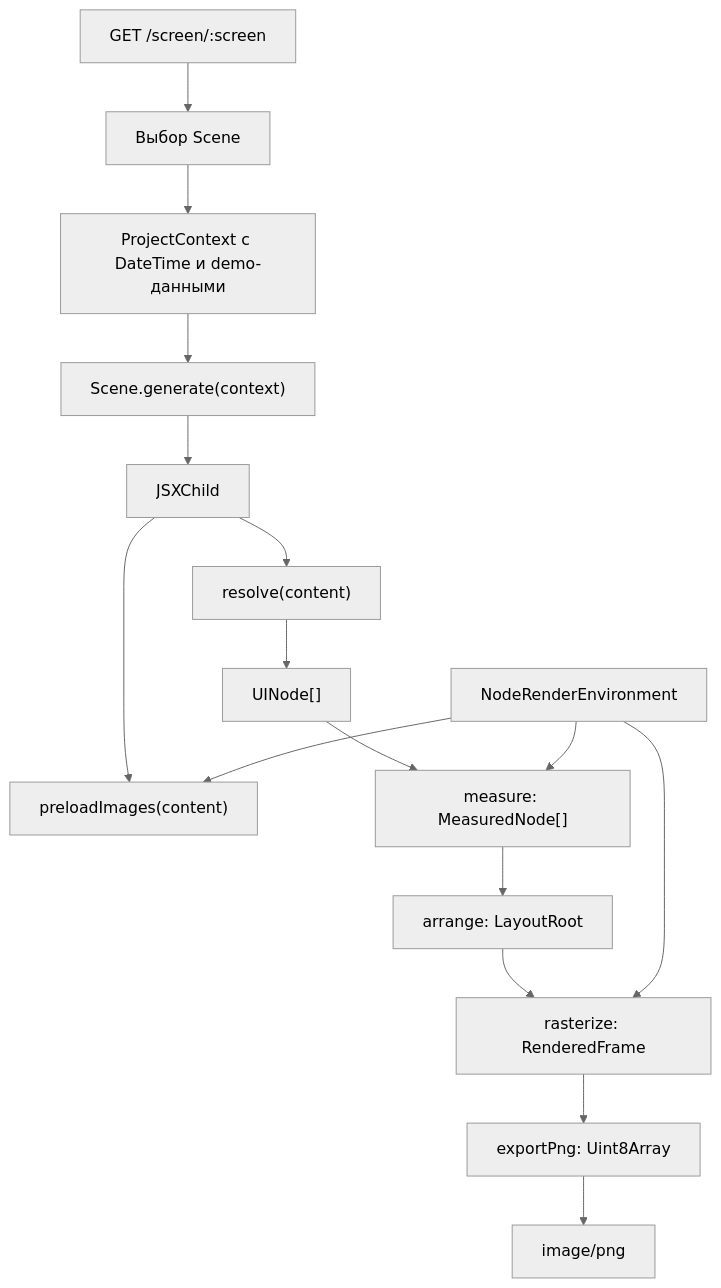
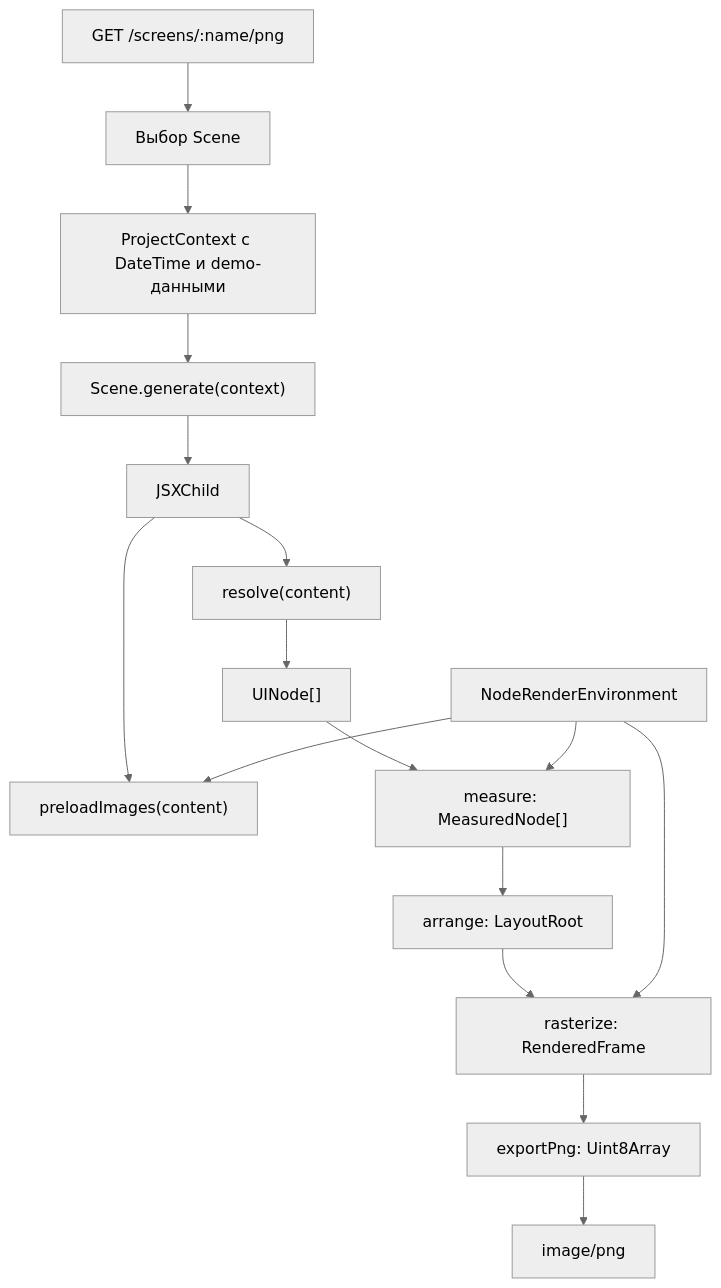
Before and after one commit to StarPandaBeg/takt: the second of 2 diagrams in docs/architecture.md, drawn with Mermaid (neutral theme). The commit also changed other lines of this file and 28 other files, not shown here.

````diff
--- a/docs/architecture.md
+++ b/docs/architecture.md
@@ -44,19 +44,19 @@
 ```mermaid
 flowchart TD
-    Request["GET /screen/:screen"] --> Select[Выбор Scene]
+    Request["GET /screens/:name/png"] --> Select[Выбор Scene]
     Select --> Context["ProjectContext с DateTime и demo-данными"]
     Context --> Generate["Scene.generate(context)"]
     Generate --> JSX["JSXChild"]
     JSX --> Preload["preloadImages(content)"]
     JSX --> Resolve["resolve(content)"]
     Resolve --> Tree["UINode[]"]
     Tree --> Measure["measure: MeasuredNode[]"]
     Measure --> Arrange["arrange: LayoutRoot"]
     Arrange --> Raster["rasterize: RenderedFrame"]
     Raster --> PNG["exportPng: Uint8Array"]
     PNG --> Response["image/png"]
 
     Env["NodeRenderEnvironment"] --> Preload
     Env --> Measure
     Env --> Raster
 ```
````
